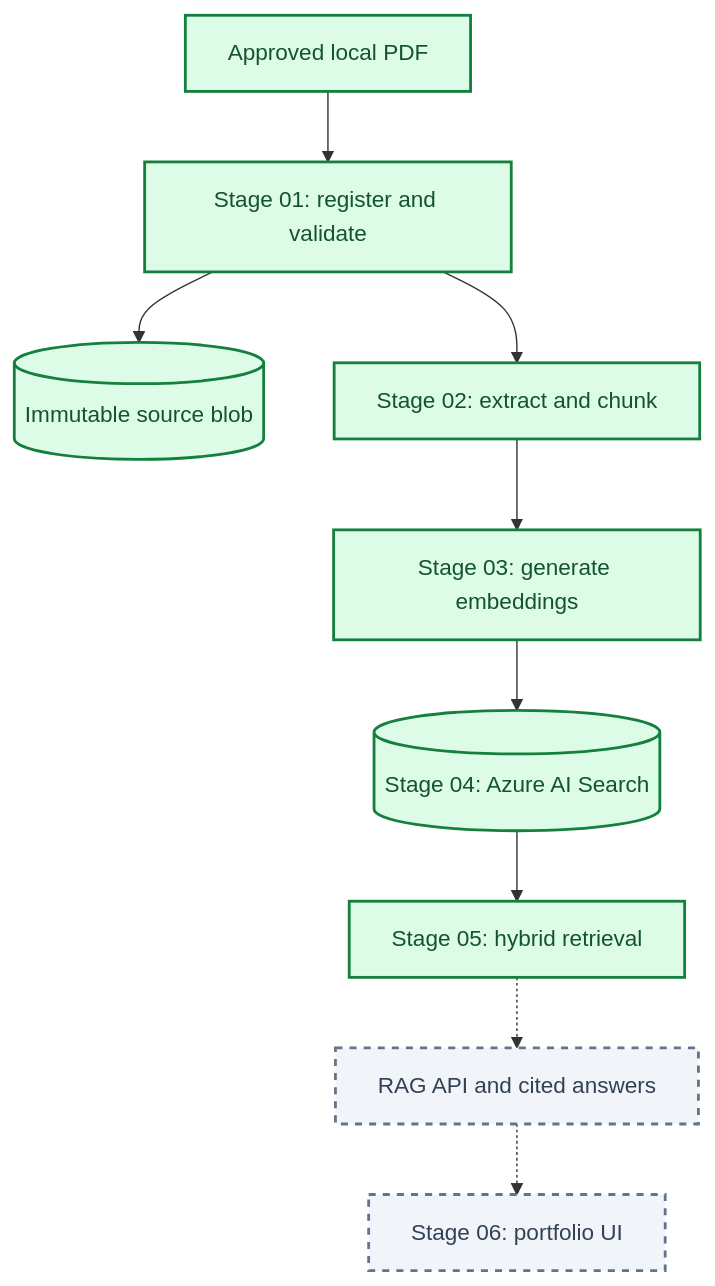
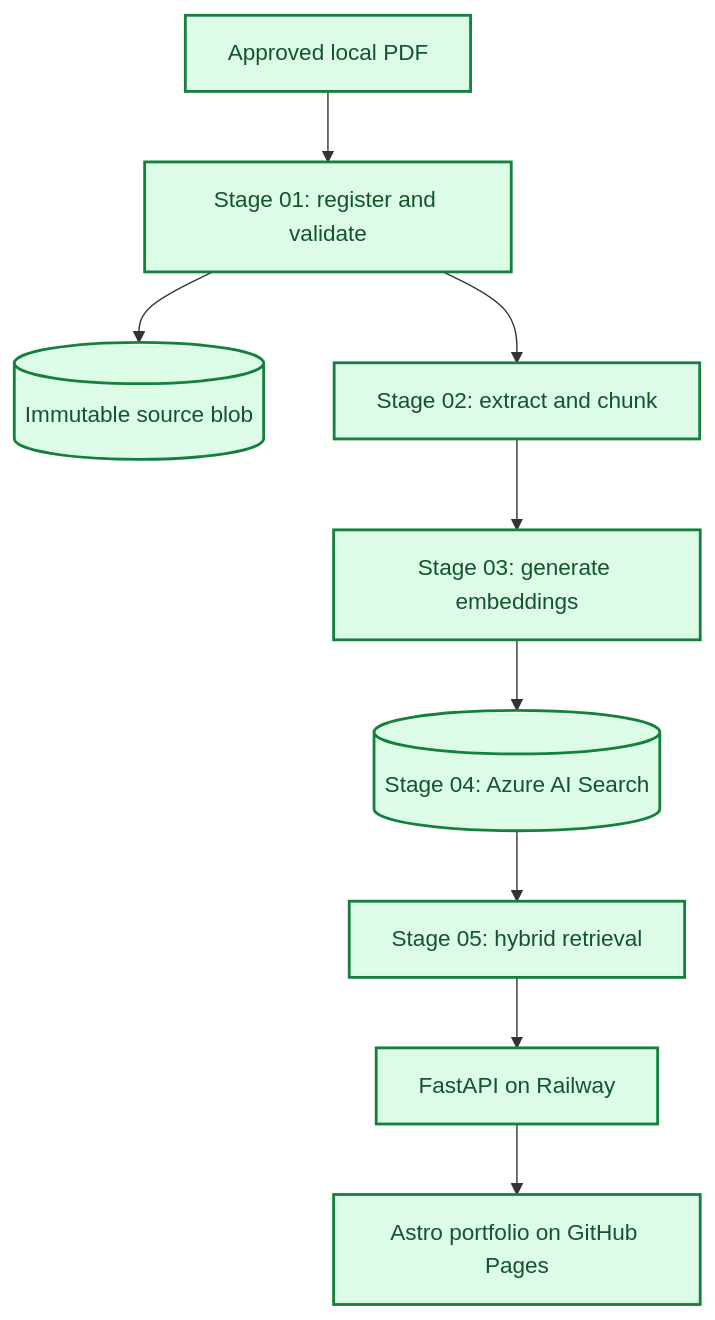
Before and after one commit to kenjihilasak/uol-finance-ai-assistant: the first of 3 diagrams in docs/overview/project-architecture.md, drawn with Mermaid. The commit also changed other lines of this file and 16 other files, not shown here.

Commit message:
Add Railway serving API and document citations

````diff
--- a/docs/overview/project-architecture.md
+++ b/docs/overview/project-architecture.md
@@ -21,28 +21,27 @@
 ```mermaid
 flowchart TB
     classDef implemented fill:#DCFCE7,stroke:#15803D,color:#14532D,stroke-width:2px
     classDef provisioned fill:#FEF3C7,stroke:#B45309,color:#78350F,stroke-width:2px
     classDef planned fill:#F1F5F9,stroke:#64748B,color:#334155,stroke-width:2px,stroke-dasharray:5 5
 
     source[Approved local PDF]
     ingest[Stage 01: register and validate]
     sourceBlob[(Immutable source blob)]
     process[Stage 02: extract and chunk]
     vectors[Stage 03: generate embeddings]
     search[(Stage 04: Azure AI Search)]
     retrieval[Stage 05: hybrid retrieval]
-    rag[RAG API and cited answers]
-    ui[Stage 06: portfolio UI]
+    rag[FastAPI on Railway]
+    ui[Astro portfolio on GitHub Pages]
 
     source --> ingest
     ingest --> sourceBlob
     ingest --> process
     process --> vectors
     vectors --> search
     search --> retrieval
-    retrieval -.-> rag
-    rag -.-> ui
+    retrieval --> rag
+    rag --> ui
 
-    class source,ingest,sourceBlob,process,vectors,search,retrieval implemented
-    class rag,ui planned
+    class source,ingest,sourceBlob,process,vectors,search,retrieval,rag,ui implemented
 ```
````
